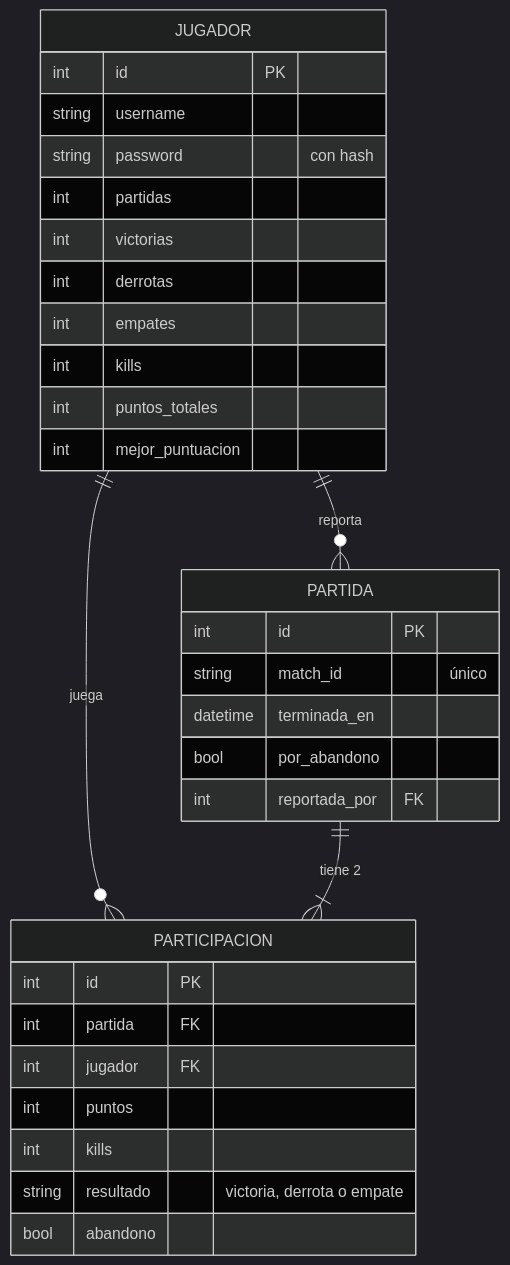
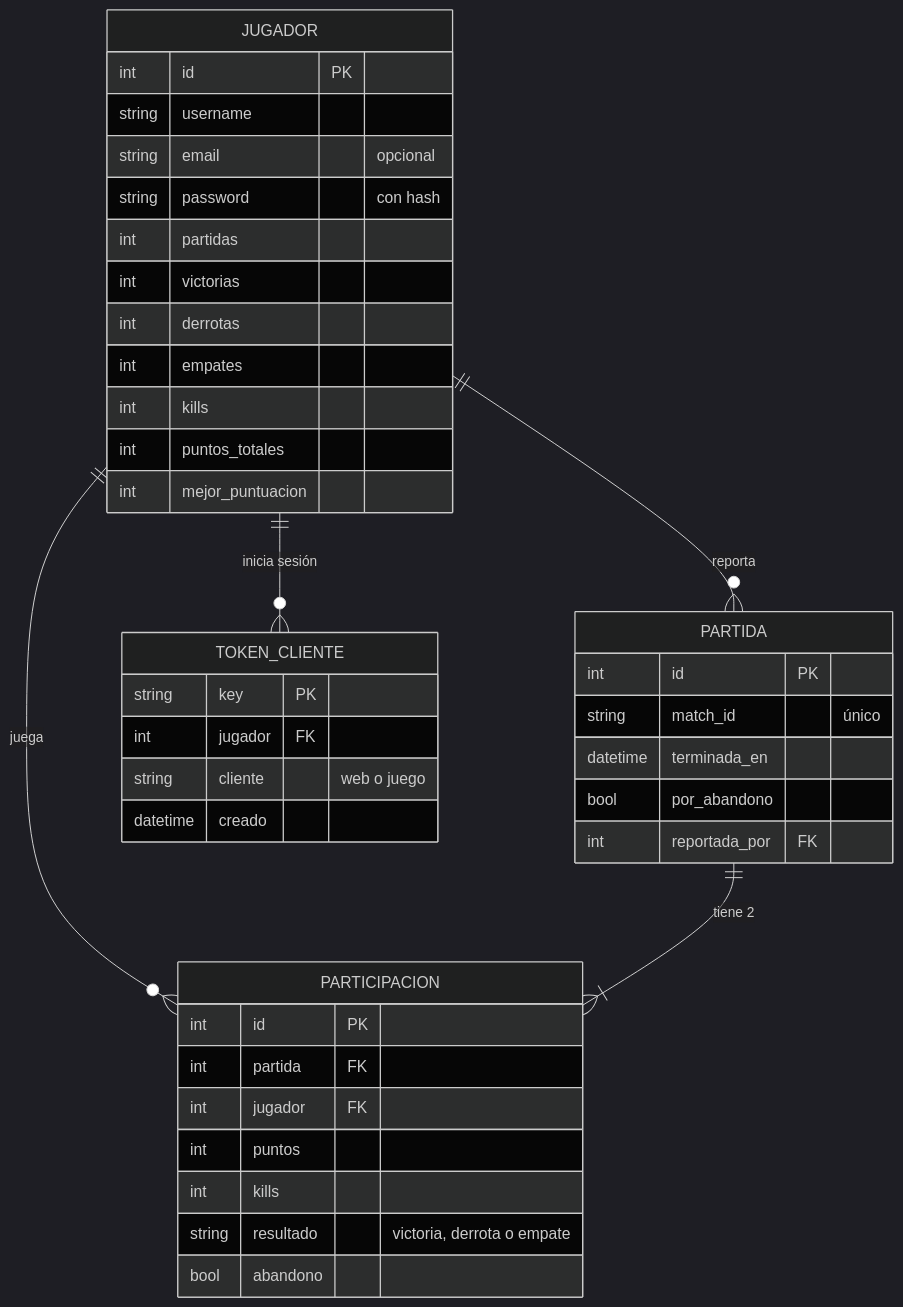
Before and after one commit to StingerBlade/BEARSTARDS_PWA: the fifth of 6 diagrams in README.md, drawn with Mermaid (dark theme). The commit also changed other lines of this file and 6 other files, not shown here.

````diff
--- a/README.md
+++ b/README.md
@@ -281,35 +287,43 @@
 ```mermaid
 erDiagram
     JUGADOR ||--o{ PARTICIPACION : "juega"
     PARTIDA ||--|{ PARTICIPACION : "tiene 2"
     JUGADOR ||--o{ PARTIDA : "reporta"
+    JUGADOR ||--o{ TOKEN_CLIENTE : "inicia sesión"
 
     JUGADOR {
         int id PK
         string username
+        string email "opcional"
         string password "con hash"
         int partidas
         int victorias
         int derrotas
         int empates
         int kills
         int puntos_totales
         int mejor_puntuacion
     }
     PARTIDA {
         int id PK
         string match_id "único"
         datetime terminada_en
         bool por_abandono
         int reportada_por FK
     }
     PARTICIPACION {
         int id PK
         int partida FK
         int jugador FK
         int puntos
         int kills
         string resultado "victoria, derrota o empate"
         bool abandono
     }
+    TOKEN_CLIENTE {
+        string key PK
+        int jugador FK
+        string cliente "web o juego"
+        datetime creado
+    }
 ```
````
